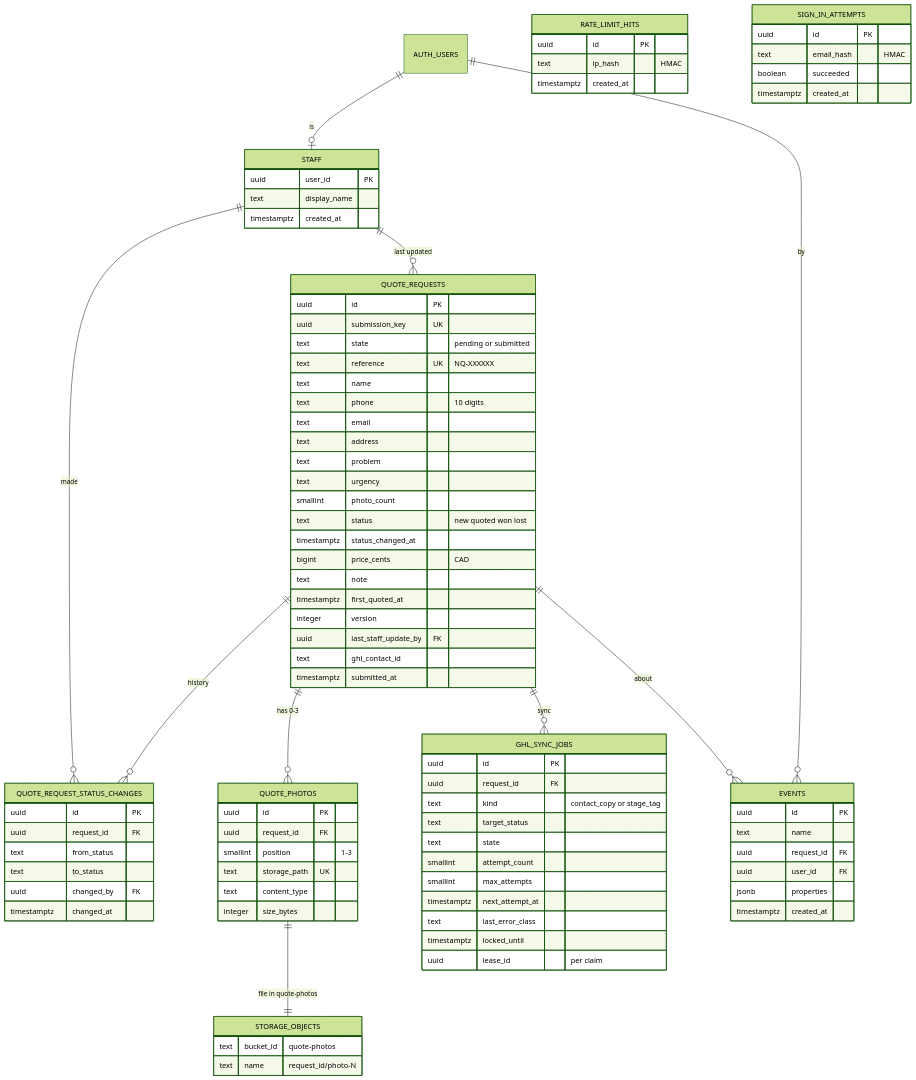
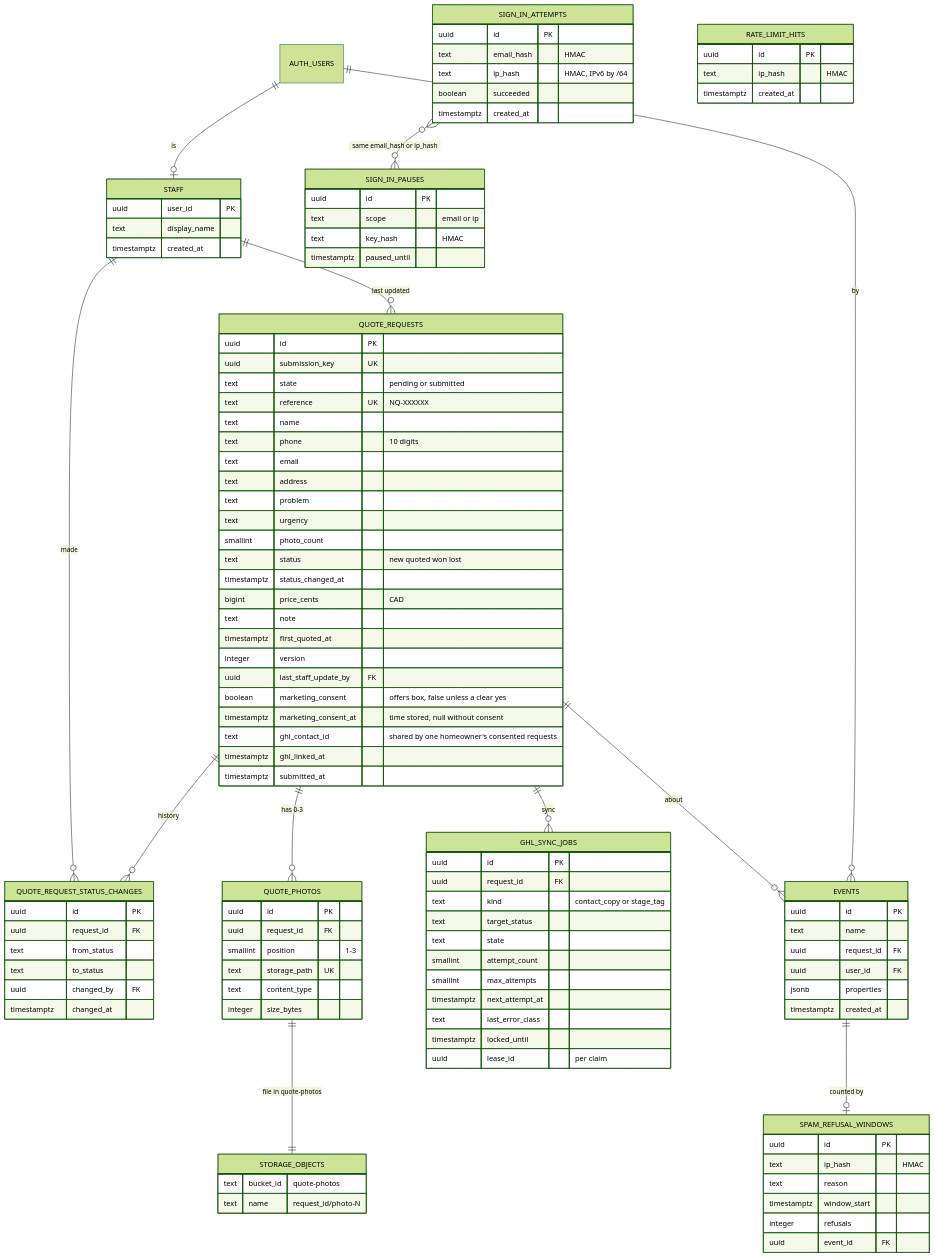
The third of 3 diagrams in docs/architecture.md (westmatty92-alt/northside-quotes), drawn with Mermaid (forest theme) before and after one commit. The commit also changed other lines of this file and 20 other files, not shown here.

Commit message:
STEP A1: PRD v1.2 (consent, contact match, sign-in limits, rejected, event cap, tabs)

```diff
--- a/docs/architecture.md
+++ b/docs/architecture.md
@@ -85,6 +91,8 @@
   QUOTE_REQUESTS ||--o{ GHL_SYNC_JOBS : "sync"
   QUOTE_REQUESTS ||--o{ EVENTS : "about"
   AUTH_USERS ||--o{ EVENTS : "by"
+  EVENTS ||--o| SPAM_REFUSAL_WINDOWS : "counted by"
+  SIGN_IN_ATTEMPTS }o--o{ SIGN_IN_PAUSES : "same email_hash or ip_hash"
   QUOTE_PHOTOS ||--|| STORAGE_OBJECTS : "file in quote-photos"
   STAFF {
     uuid user_id PK
@@ -110,7 +118,10 @@
     timestamptz first_quoted_at
     integer version
     uuid last_staff_update_by FK
-    text ghl_contact_id
+    boolean marketing_consent "offers box, false unless a clear yes"
+    timestamptz marketing_consent_at "time stored, null without consent"
+    text ghl_contact_id "shared by one homeowner's consented requests"
+    timestamptz ghl_linked_at
     timestamptz submitted_at
   }
   QUOTE_PHOTOS {
@@ -158,8 +169,23 @@
   SIGN_IN_ATTEMPTS {
     uuid id PK
     text email_hash "HMAC"
+    text ip_hash "HMAC, IPv6 by /64"
     boolean succeeded
     timestamptz created_at
+  }
+  SIGN_IN_PAUSES {
+    uuid id PK
+    text scope "email or ip"
+    text key_hash "HMAC"
+    timestamptz paused_until
+  }
+  SPAM_REFUSAL_WINDOWS {
+    uuid id PK
+    text ip_hash "HMAC"
+    text reason
+    timestamptz window_start
+    integer refusals
+    uuid event_id FK
   }
   STORAGE_OBJECTS {
     text bucket_id "quote-photos"
```
